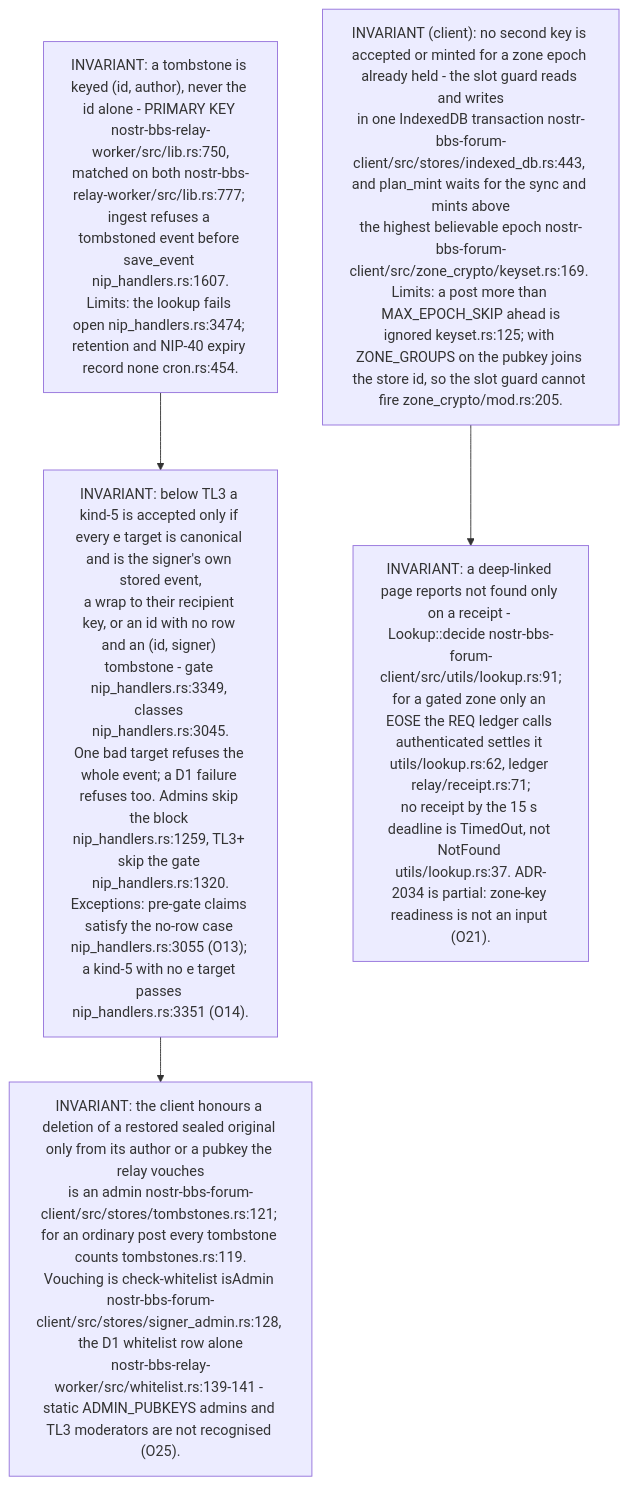
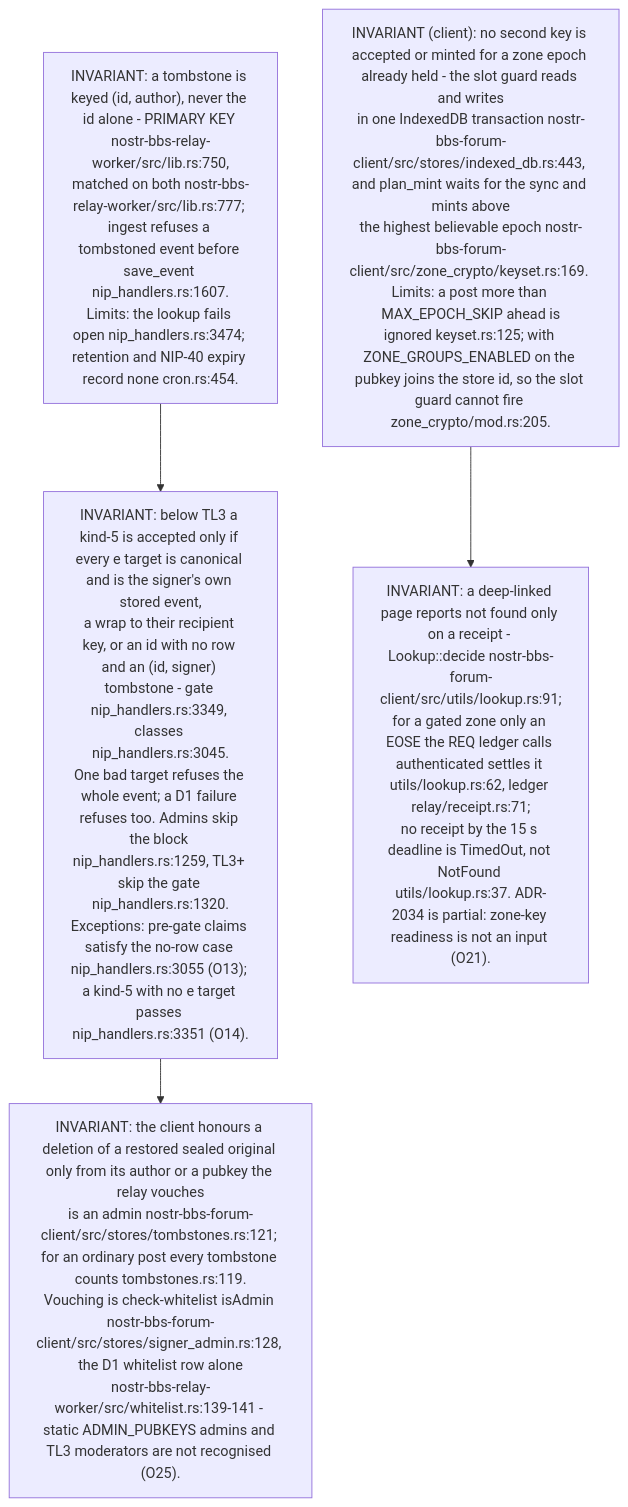
Diagram 11 of 13 in docs/diagrams/nostr-rust-forum/10-invariants-and-anomaly-register.md (DreamLab-AI/VisionFlow), drawn with Mermaid before and after one commit. The commit also changed other lines of this file, not shown here.

Commit message:
docs(diagrams): NF-10 wording — I5 names which recipient routes are config and which flag-gated; NF-10.12 dates the rationale rule to d5f6308

````diff
--- a/docs/diagrams/nostr-rust-forum/10-invariants-and-anomaly-register.md
+++ b/docs/diagrams/nostr-rust-forum/10-invariants-and-anomaly-register.md
@@ -280,10 +280,10 @@
 ```mermaid
 flowchart TB
     T1["INVARIANT: a tombstone is keyed (id, author), never the id alone - PRIMARY KEY nostr-bbs-relay-worker/src/lib.rs:750,<br/>matched on both nostr-bbs-relay-worker/src/lib.rs:777; ingest refuses a tombstoned event before save_event nip_handlers.rs:1607.<br/>Limits: the lookup fails open nip_handlers.rs:3474; retention and NIP-40 expiry record none cron.rs:454."]
     T2["INVARIANT: below TL3 a kind-5 is accepted only if every e target is canonical and is the signer's own stored event,<br/>a wrap to their recipient key, or an id with no row and an (id, signer) tombstone - gate nip_handlers.rs:3349, classes nip_handlers.rs:3045.<br/>One bad target refuses the whole event; a D1 failure refuses too. Admins skip the block nip_handlers.rs:1259, TL3+ skip the gate nip_handlers.rs:1320.<br/>Exceptions: pre-gate claims satisfy the no-row case nip_handlers.rs:3055 (O13); a kind-5 with no e target passes nip_handlers.rs:3351 (O14)."]
     T3["INVARIANT: the client honours a deletion of a restored sealed original only from its author or a pubkey the relay vouches<br/>is an admin nostr-bbs-forum-client/src/stores/tombstones.rs:121; for an ordinary post every tombstone counts tombstones.rs:119.<br/>Vouching is check-whitelist isAdmin nostr-bbs-forum-client/src/stores/signer_admin.rs:128, the D1 whitelist row alone<br/>nostr-bbs-relay-worker/src/whitelist.rs:139-141 - static ADMIN_PUBKEYS admins and TL3 moderators are not recognised (O25)."]
-    T4["INVARIANT (client): no second key is accepted or minted for a zone epoch already held - the slot guard reads and writes<br/>in one IndexedDB transaction nostr-bbs-forum-client/src/stores/indexed_db.rs:443, and plan_mint waits for the sync and mints above<br/>the highest believable epoch nostr-bbs-forum-client/src/zone_crypto/keyset.rs:169. Limits: a post more than MAX_EPOCH_SKIP ahead is<br/>ignored keyset.rs:125; with ZONE_GROUPS on the pubkey joins the store id, so the slot guard cannot fire zone_crypto/mod.rs:205."]
+    T4["INVARIANT (client): no second key is accepted or minted for a zone epoch already held - the slot guard reads and writes<br/>in one IndexedDB transaction nostr-bbs-forum-client/src/stores/indexed_db.rs:443, and plan_mint waits for the sync and mints above<br/>the highest believable epoch nostr-bbs-forum-client/src/zone_crypto/keyset.rs:169. Limits: a post more than MAX_EPOCH_SKIP ahead is<br/>ignored keyset.rs:125; with ZONE_GROUPS_ENABLED on the pubkey joins the store id, so the slot guard cannot fire zone_crypto/mod.rs:205."]
     T5["INVARIANT: a deep-linked page reports not found only on a receipt - Lookup::decide nostr-bbs-forum-client/src/utils/lookup.rs:91;<br/>for a gated zone only an EOSE the REQ ledger calls authenticated settles it utils/lookup.rs:62, ledger relay/receipt.rs:71;<br/>no receipt by the 15 s deadline is TimedOut, not NotFound utils/lookup.rs:37. ADR-2034 is partial: zone-key readiness is not an input (O21)."]
     T1 --> T2 --> T3
     T4 --> T5
 ```
````
